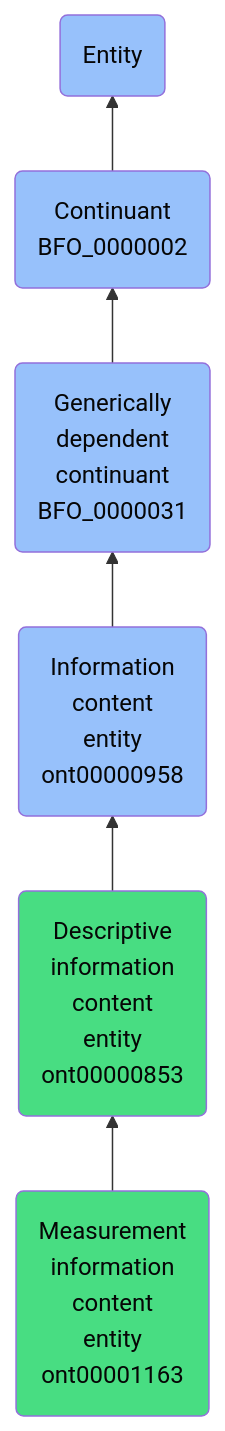
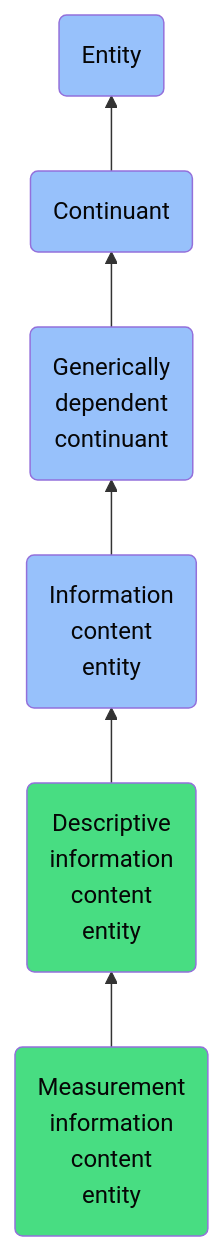
Before and after one commit to jupyter-naas/abi: the diagram in docs/ontology/reference/model/Entity/Continuant/Generically dependent continuant/Information content entity/Descriptive information content entity/Measurement information content entity/Measurement information content entity.md, drawn with Mermaid. The commit also changed other lines of this file and 1430 other files, not shown here.

````diff
--- a/docs/ontology/reference/model/Entity/Continuant/Generically dependent continuant/Information content entity/Descriptive information content entity/Measurement information content entity/Measurement information content entity.md
+++ b/docs/ontology/reference/model/Entity/Continuant/Generically dependent continuant/Information content entity/Descriptive information content entity/Measurement information content entity/Measurement information content entity.md
@@ -24,13 +24,13 @@
 ```mermaid
 graph BT
-    ont00001163(Measurement<br>information<br>content<br>entity<br>ont00001163):::ABI-->ont00000853
-    ont00000853(Descriptive<br>information<br>content<br>entity<br>ont00000853):::ABI-->ont00000958
-    ont00000958(Information<br>content<br>entity<br>ont00000958):::BFO-->BFO_0000031
-    BFO_0000031(Generically<br>dependent<br>continuant<br>BFO_0000031):::BFO-->BFO_0000002
-    BFO_0000002(Continuant<br>BFO_0000002):::BFO-->BFO_0000001
+    ont00001163(Measurement<br>information<br>content<br>entity):::ABI-->ont00000853
+    ont00000853(Descriptive<br>information<br>content<br>entity):::ABI-->ont00000958
+    ont00000958(Information<br>content<br>entity):::BFO-->BFO_0000031
+    BFO_0000031(Generically<br>dependent<br>continuant):::BFO-->BFO_0000002
+    BFO_0000002(Continuant):::BFO-->BFO_0000001
     BFO_0000001(Entity):::BFO
     
     classDef BFO fill:#97c1fb,color:#060606
     classDef CCO fill:#e4c51e,color:#060606
     classDef ABI fill:#48DD82,color:#060606
 ```
````
